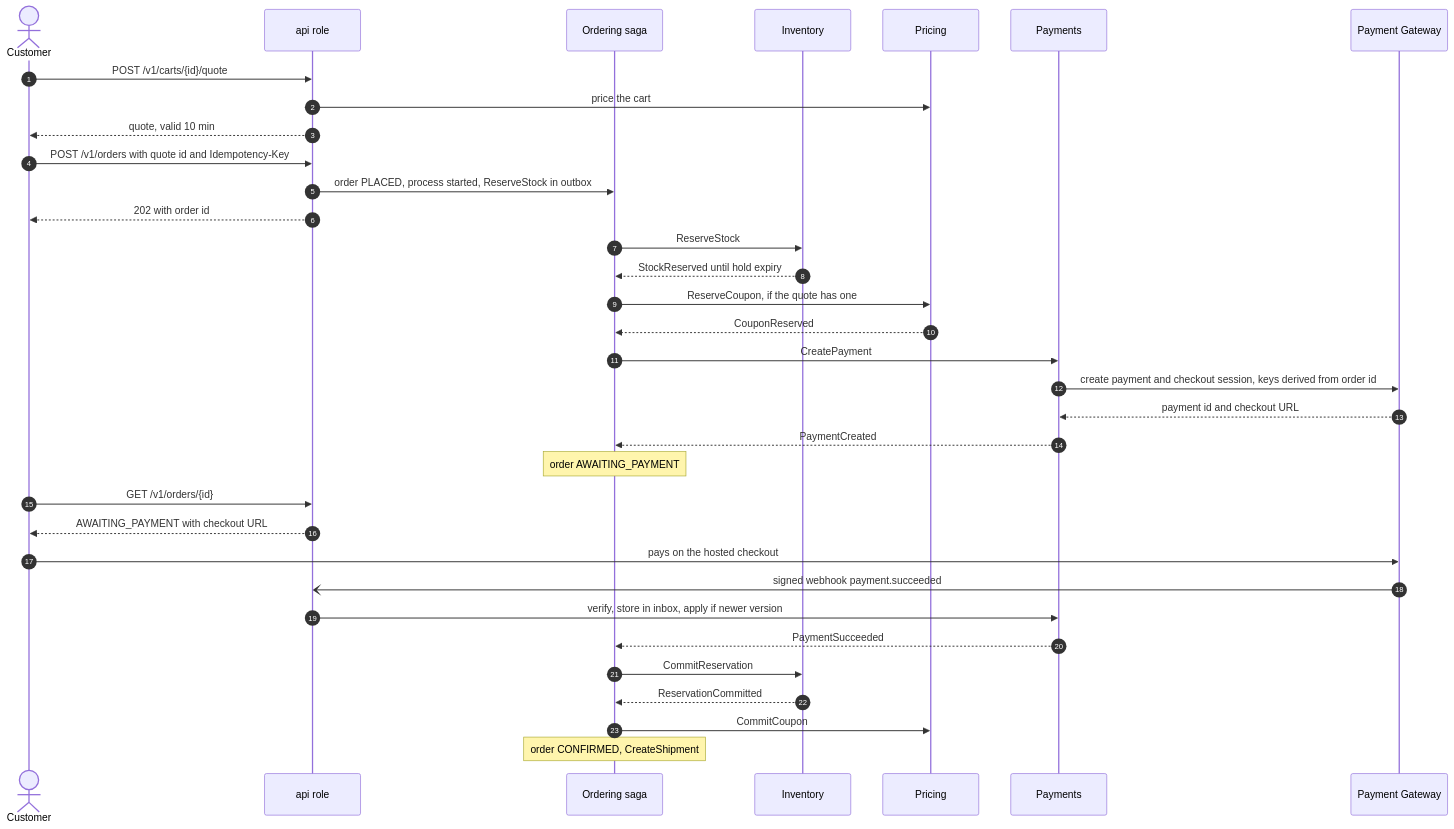
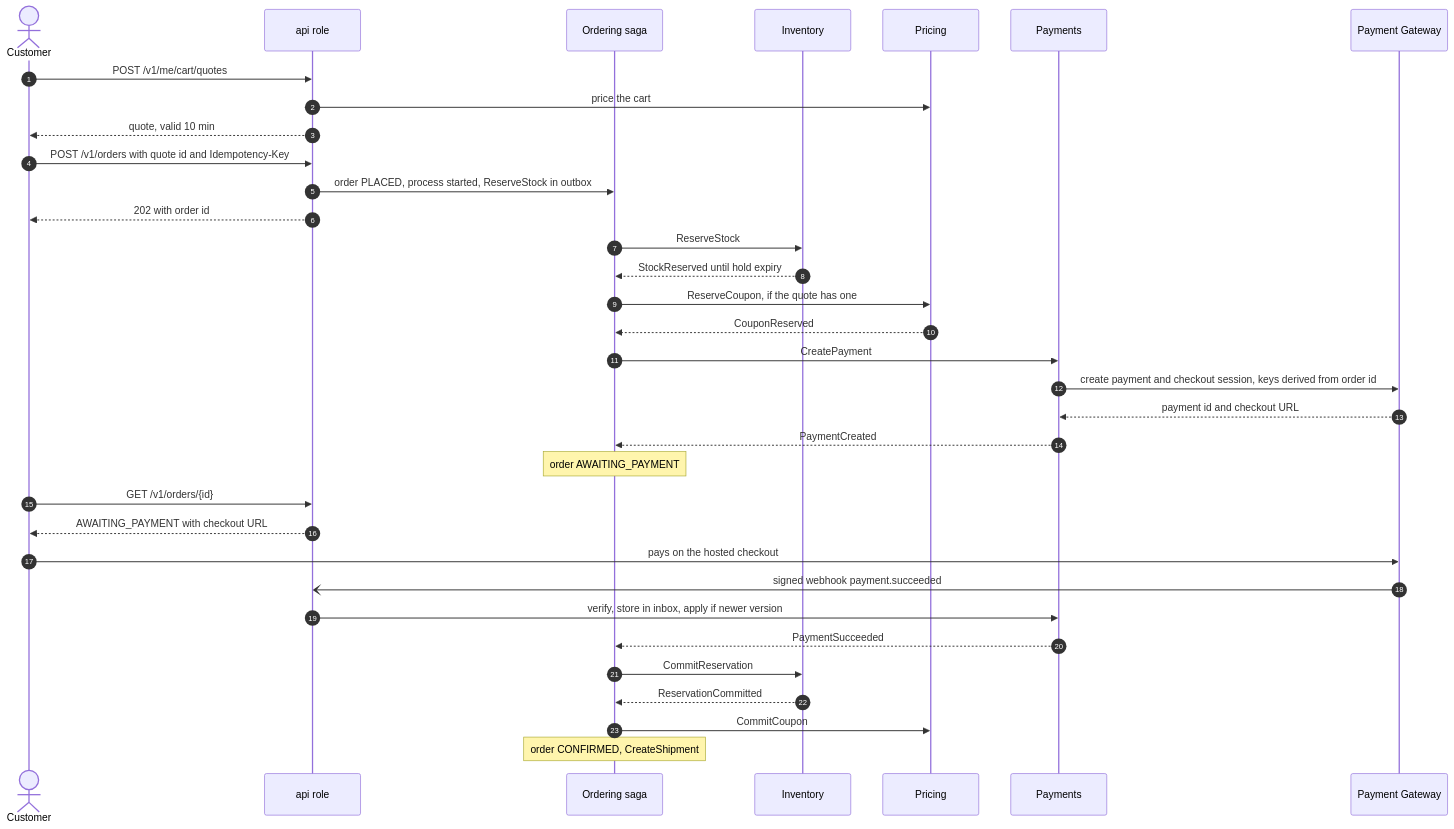
One commit to Deepika-1201/ecommerce-order-system changed the second of 8 diagrams in docs/architecture.md. Above: the diagram before and after it, drawn with Mermaid. The commit also changed 10 other files, not shown here.

````diff
--- a/docs/architecture.md
+++ b/docs/architecture.md
@@ -134,36 +134,36 @@
 ```mermaid
 sequenceDiagram
     autonumber
     actor C as Customer
     participant API as api role
     participant O as Ordering saga
     participant I as Inventory
     participant PR as Pricing
     participant P as Payments
     participant G as Payment Gateway
-    C->>API: POST /v1/carts/{id}/quote
+    C->>API: POST /v1/me/cart/quotes
     API->>PR: price the cart
     API-->>C: quote, valid 10 min
     C->>API: POST /v1/orders with quote id and Idempotency-Key
     API->>O: order PLACED, process started, ReserveStock in outbox
     API-->>C: 202 with order id
     O->>I: ReserveStock
     I-->>O: StockReserved until hold expiry
     O->>PR: ReserveCoupon, if the quote has one
     PR-->>O: CouponReserved
     O->>P: CreatePayment
     P->>G: create payment and checkout session, keys derived from order id
     G-->>P: payment id and checkout URL
     P-->>O: PaymentCreated
     Note over O: order AWAITING_PAYMENT
     C->>API: GET /v1/orders/{id}
     API-->>C: AWAITING_PAYMENT with checkout URL
     C->>G: pays on the hosted checkout
     G-)API: signed webhook payment.succeeded
     API->>P: verify, store in inbox, apply if newer version
     P-->>O: PaymentSucceeded
     O->>I: CommitReservation
     I-->>O: ReservationCommitted
     O->>PR: CommitCoupon
     Note over O: order CONFIRMED, CreateShipment
 ```
````
